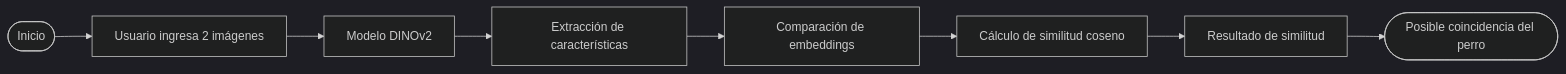
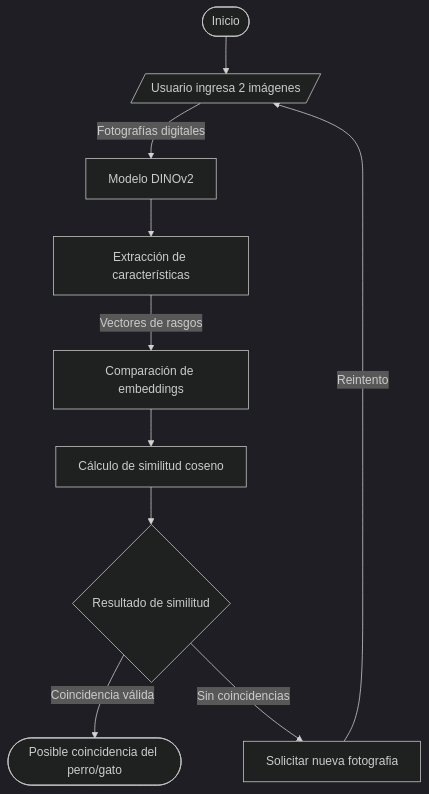
The diagram in README.md (AbigailVarlis/in1050-a4-mascotas), drawn with Mermaid (dark theme) before and after one commit.

Commit message:
Abi modifico diagrama de README

````diff
--- a/README.md
+++ b/README.md
@@ -42,10 +42,12 @@
 ```mermaid
-flowchart LR
-    A([Inicio]) --> B[Usuario ingresa 2 imágenes]
-    B --> C[Modelo DINOv2]
+flowchart TD
+    A([Inicio]) --> B[/Usuario ingresa 2 imágenes/]
+    B --> |Fotografías digitales| C[Modelo DINOv2]
     C --> D[Extracción de características]
-    D --> E[Comparación de embeddings]
+    D --> |Vectores de rasgos| E[Comparación de embeddings]
     E --> F[Cálculo de similitud coseno]
-    F --> G[Resultado de similitud]
-    G --> H([Posible coincidencia del perro])
+    F --> G{Resultado de similitud}
+    G --> |Coincidencia válida| H([Posible coincidencia del perro/gato])
+	G --> |Sin coincidencias| I[Solicitar nueva fotografia]
+	I --> |Reintento| B
 ```
````
